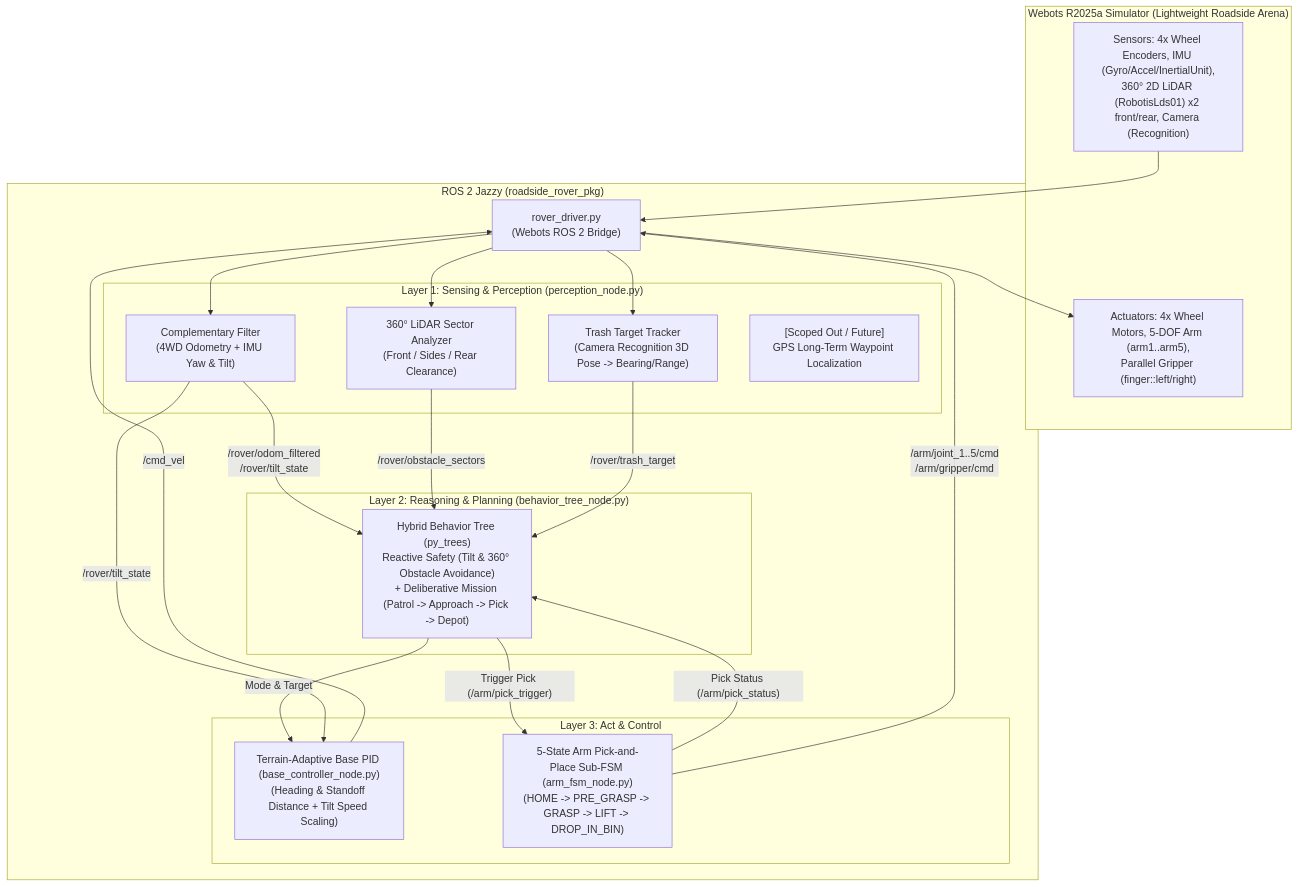
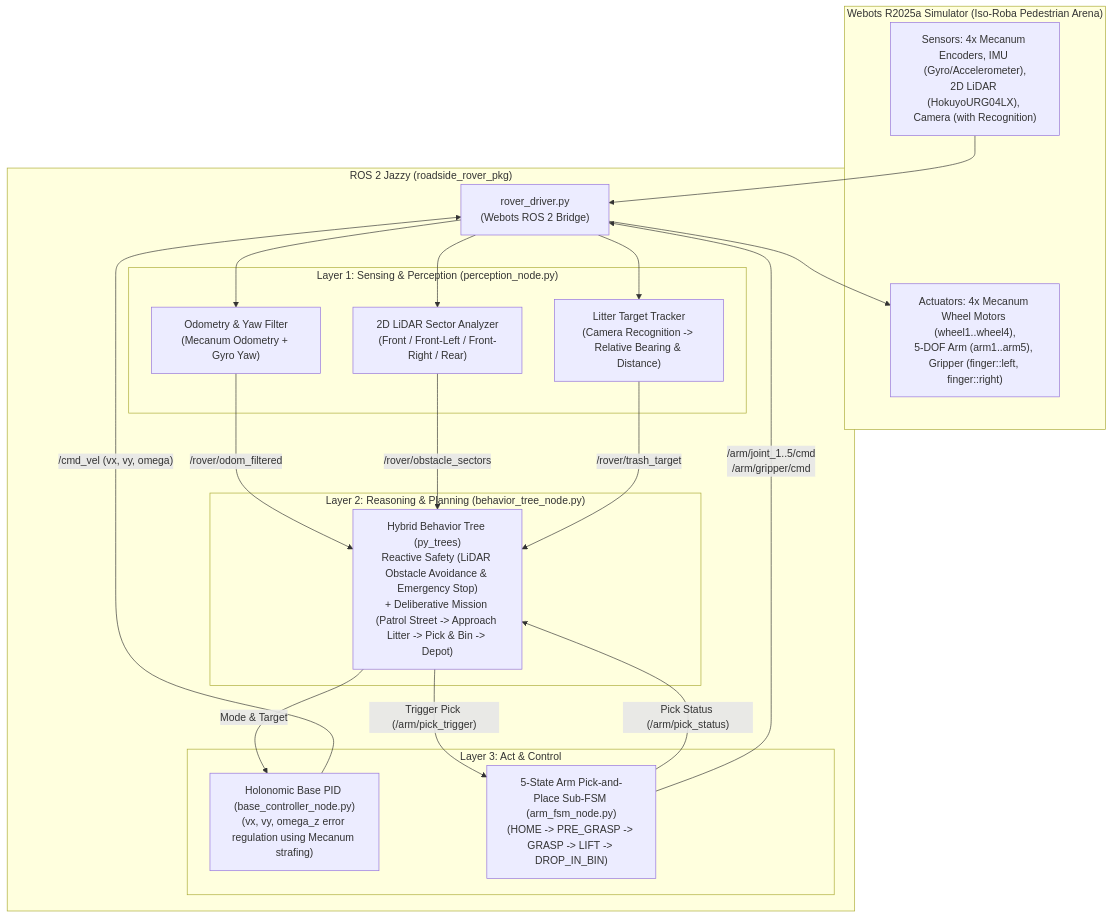
The diagram in docs/ARCHITECTURE.md (nissev/TEKS4430_Autumn-2026_project), drawn with Mermaid before and after one commit. The commit also changed other lines of this file and 9 other files, not shown here.

Commit message:
Pivoted project to pedestrian area trash collection robot. Updated documents for the new concept.

````diff
--- a/docs/ARCHITECTURE.md
+++ b/docs/ARCHITECTURE.md
@@ -19,45 +21,43 @@
 ```mermaid
 flowchart TD
-    subgraph Webots["Webots R2025a Simulator (Lightweight Roadside Arena)"]
-        Sensors["Sensors: 4x Wheel Encoders, IMU (Gyro/Accel/InertialUnit),\n360° 2D LiDAR (RobotisLds01) x2 front/rear, Camera (Recognition)"]
-        Actuators["Actuators: 4x Wheel Motors, 5-DOF Arm (arm1..arm5),\nParallel Gripper (finger::left/right)"]
+    subgraph Webots["Webots R2025a Simulator (Iso-Roba Pedestrian Arena)"]
+        Sensors["Sensors: 4x Mecanum Encoders, IMU (Gyro/Accelerometer),\n2D LiDAR (HokuyoURG04LX), Camera (with Recognition)"]
+        Actuators["Actuators: 4x Mecanum Wheel Motors (wheel1..wheel4),\n5-DOF Arm (arm1..arm5), Gripper (finger::left, finger::right)"]
     end
 
     subgraph ROS2["ROS 2 Jazzy (roadside_rover_pkg)"]
         Driver["rover_driver.py\n(Webots ROS 2 Bridge)"]
 
         subgraph Layer1["Layer 1: Sensing & Perception (perception_node.py)"]
-            CompFilter["Complementary Filter\n(4WD Odometry + IMU Yaw & Tilt)"]
-            LidarProc["360° LiDAR Sector Analyzer\n(Front / Sides / Rear Clearance)"]
-            CamRec["Trash Target Tracker\n(Camera Recognition 3D Pose -> Bearing/Range)"]
-            GPSFuture["[Scoped Out / Future]\nGPS Long-Term Waypoint Localization"]
+            OdomFilter["Odometry & Yaw Filter\n(Mecanum Odometry + Gyro Yaw)"]
+            LidarProc["2D LiDAR Sector Analyzer\n(Front / Front-Left / Front-Right / Rear)"]
+            CamRec["Litter Target Tracker\n(Camera Recognition -> Relative Bearing & Distance)"]
         end
 
         subgraph Layer2["Layer 2: Reasoning & Planning (behavior_tree_node.py)"]
-            BT["Hybrid Behavior Tree (py_trees)\nReactive Safety (Tilt & 360° Obstacle Avoidance)\n+ Deliberative Mission (Patrol -> Approach -> Pick -> Depot)"]
+            BT["Hybrid Behavior Tree (py_trees)\nReactive Safety (LiDAR Obstacle Avoidance & Emergency Stop)\n+ Deliberative Mission (Patrol Street -> Approach Litter -> Pick & Bin -> Depot)"]
         end
 
         subgraph Layer3["Layer 3: Act & Control"]
-            BasePID["Terrain-Adaptive Base PID (base_controller_node.py)\n(Heading & Standoff Distance + Tilt Speed Scaling)"]
+            BasePID["Holonomic Base PID (base_controller_node.py)\n(vx, vy, omega_z error regulation using Mecanum strafing)"]
             ArmFSM["5-State Arm Pick-and-Place Sub-FSM (arm_fsm_node.py)\n(HOME -> PRE_GRASP -> GRASP -> LIFT -> DROP_IN_BIN)"]
         end
     end
 
     Sensors --> Driver
-    Driver --> CompFilter
+    Driver --> OdomFilter
     Driver --> LidarProc
     Driver --> CamRec
 
-    CompFilter -->|"/rover/odom_filtered\n/rover/tilt_state"| BT
+    OdomFilter -->|"/rover/odom_filtered"| BT
     LidarProc -->|"/rover/obstacle_sectors"| BT
     CamRec -->|"/rover/trash_target"| BT
 
     BT -->|"Mode & Target"| BasePID
     BT -->|"Trigger Pick (/arm/pick_trigger)"| ArmFSM
     ArmFSM -->|"Pick Status (/arm/pick_status)"| BT
-    CompFilter -->|"/rover/tilt_state"| BasePID
 
-    BasePID -->|"/cmd_vel"| Driver
+    BasePID -->|"/cmd_vel (vx, vy, omega)"| Driver
     ArmFSM -->|"/arm/joint_1..5/cmd\n/arm/gripper/cmd"| Driver
     Driver --> Actuators
 ```
````
